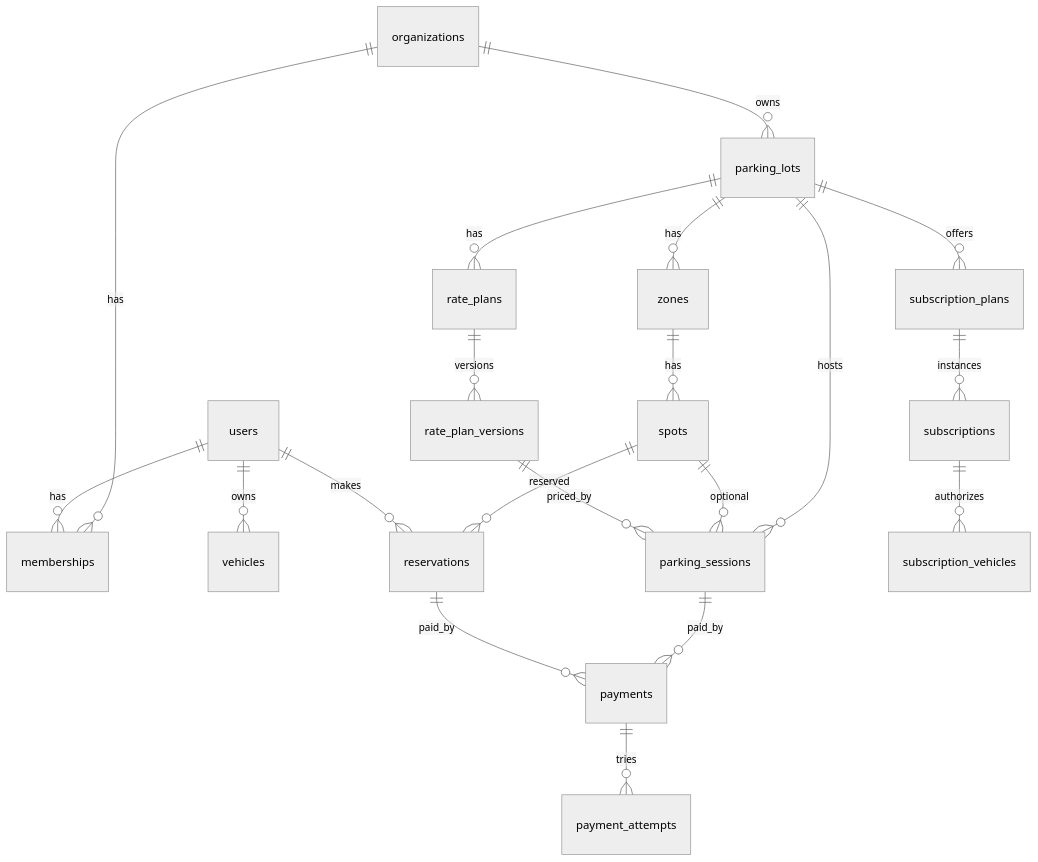
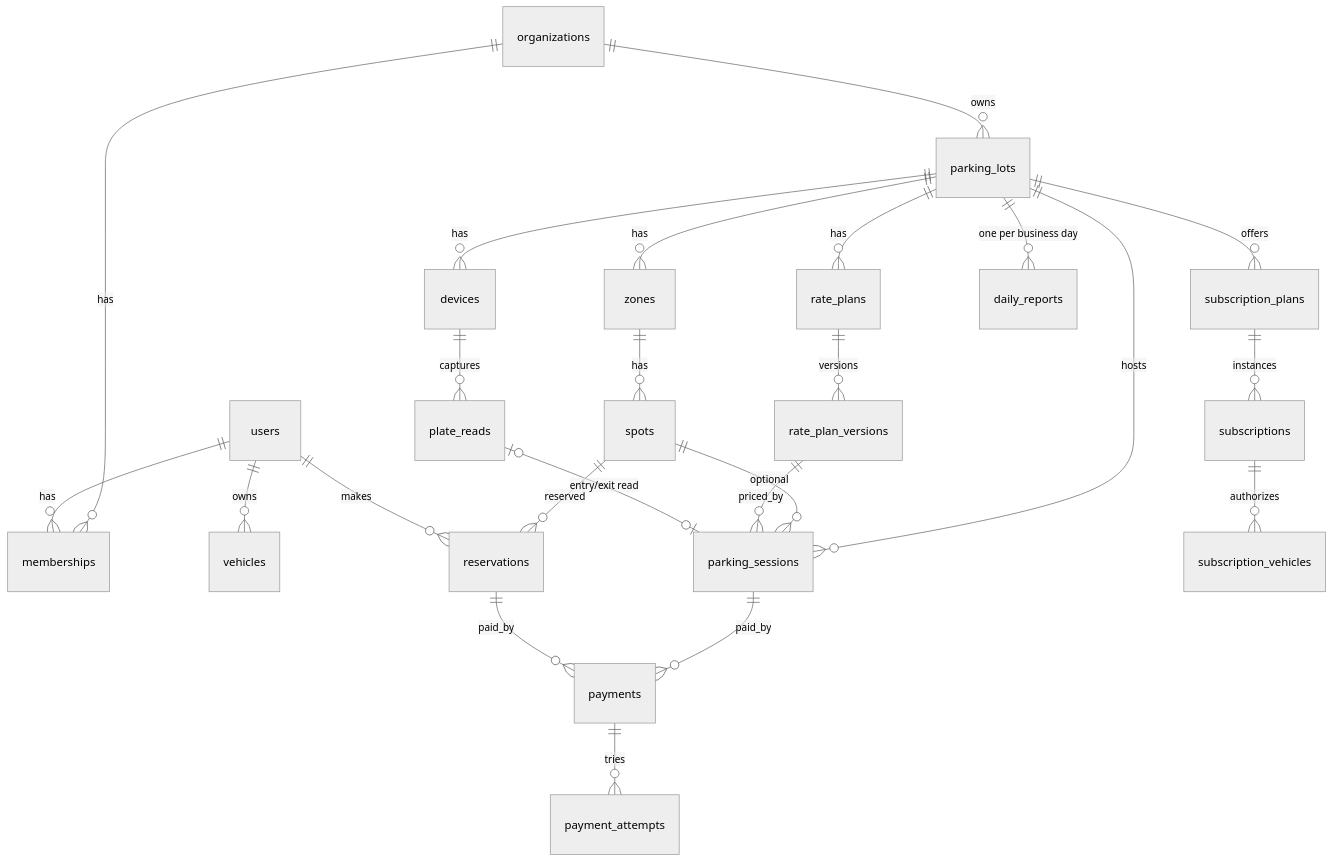
Before and after one commit to kuroneko83/neulander_parking: the diagram in docs/architecture/data-model.md, drawn with Mermaid (neutral theme). The commit also changed other lines of this file and 18 other files, not shown here.

````diff
--- a/docs/architecture/data-model.md
+++ b/docs/architecture/data-model.md
@@ -17,22 +17,26 @@
 ```mermaid
 erDiagram
   organizations ||--o{ memberships : has
   users ||--o{ memberships : has
   organizations ||--o{ parking_lots : owns
   parking_lots ||--o{ zones : has
   zones ||--o{ spots : has
   parking_lots ||--o{ rate_plans : has
   rate_plans ||--o{ rate_plan_versions : versions
   users ||--o{ vehicles : owns
   parking_lots ||--o{ parking_sessions : hosts
   spots ||--o{ parking_sessions : "optional"
   rate_plan_versions ||--o{ parking_sessions : priced_by
   parking_sessions ||--o{ payments : paid_by
   reservations ||--o{ payments : paid_by
   spots ||--o{ reservations : reserved
   users ||--o{ reservations : makes
   parking_lots ||--o{ subscription_plans : offers
   subscription_plans ||--o{ subscriptions : instances
   subscriptions ||--o{ subscription_vehicles : authorizes
   payments ||--o{ payment_attempts : tries
+  parking_lots ||--o{ devices : has
+  devices ||--o{ plate_reads : captures
+  plate_reads |o--o| parking_sessions : "entry/exit read"
+  parking_lots ||--o{ daily_reports : "one per business day"
 ```
````
